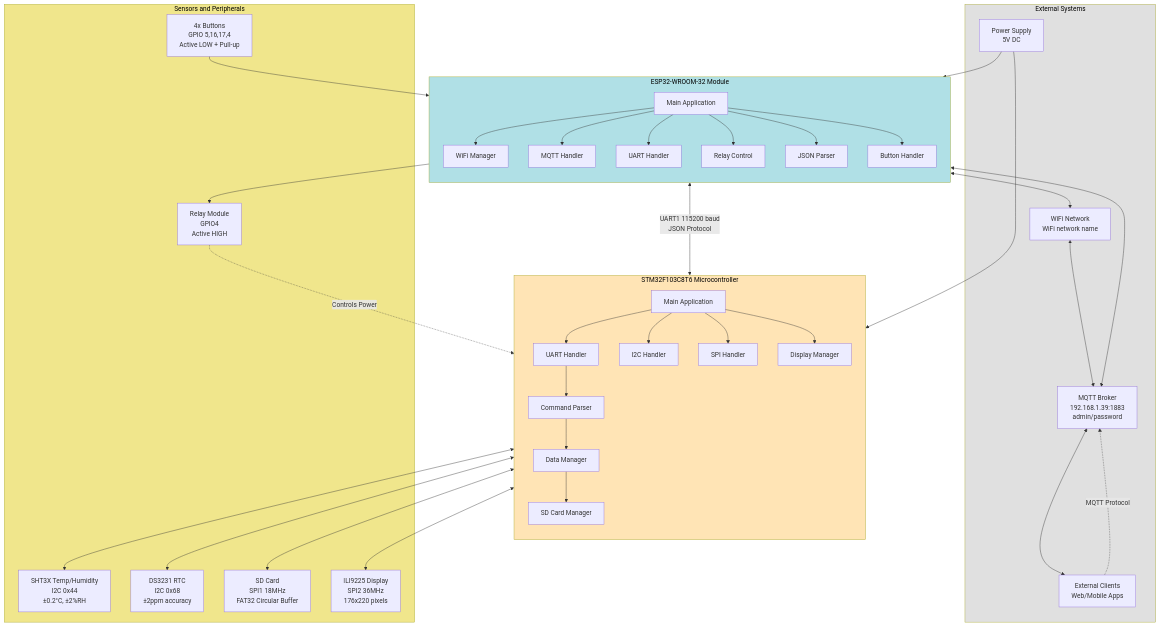
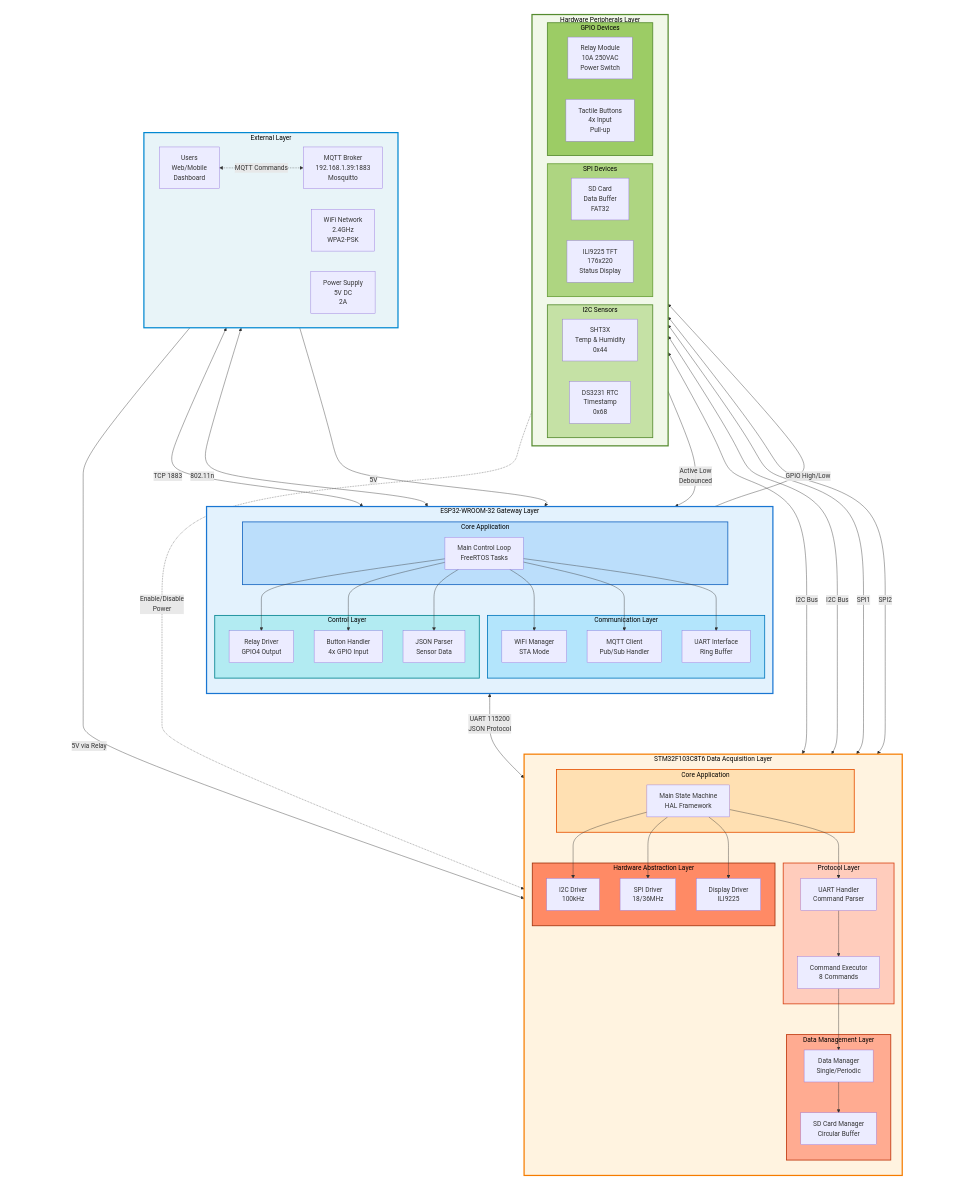
One commit to meeTeam05/datalogger changed the first of 10 diagrams in documents/firmware/ARCHITECTURE_DIAGRAM_FIRMWARE.md. Above: the diagram before and after it, drawn with Mermaid. The commit also changed other lines of this file, not shown here.

Commit message:
fix(docs): update architecture diagrams for firmware system; enhance clarity and structure of component layers

````diff
--- a/documents/firmware/ARCHITECTURE_DIAGRAM_FIRMWARE.md
+++ b/documents/firmware/ARCHITECTURE_DIAGRAM_FIRMWARE.md
@@ -7,82 +7,143 @@
 ```mermaid
 graph TB
-    subgraph External[External Systems]
-        User[External Clients<br/>Web/Mobile Apps]
-        Power[Power Supply<br/>5V DC]
-        Network[WiFi Network<br/>WiFi network name]
-        Broker[MQTT Broker<br/>192.168.1.39:1883<br/>admin/password]
+    subgraph Layer1[" "]
+        subgraph External["External Layer"]
+            direction LR
+            User["Users<br/>Web/Mobile<br/>Dashboard"]
+            Broker["MQTT Broker<br/>192.168.1.39:1883<br/>Mosquitto"]
+            Network["WiFi Network<br/>2.4GHz<br/>WPA2-PSK"]
+            Power["Power Supply<br/>5V DC<br/>2A"]
+        end
     end
 
-    subgraph STM32[STM32F103C8T6 Microcontroller]
-        direction TB
-        STM32_Main[Main Application]
-        STM32_UART[UART Handler]
-        STM32_I2C[I2C Handler]
-        STM32_SPI[SPI Handler]
-        STM32_CMD[Command Parser]
-        STM32_DM[Data Manager]
-        STM32_SD[SD Card Manager]
-        STM32_Display[Display Manager]
+    subgraph Layer2[" "]
+        subgraph ESP32_System["ESP32-WROOM-32 Gateway Layer"]
+            direction TB
 
-        STM32_Main --> STM32_UART
-        STM32_Main --> STM32_I2C
-        STM32_Main --> STM32_SPI
-        STM32_UART --> STM32_CMD
-        STM32_CMD --> STM32_DM
-        STM32_DM --> STM32_SD
-        STM32_Main --> STM32_Display
+            subgraph ESP32_Core["Core Application"]
+                ESP32_Main["Main Control Loop<br/>FreeRTOS Tasks"]
+            end
+
+            subgraph ESP32_Comm["Communication Layer"]
+                ESP32_WiFi["WiFi Manager<br/>STA Mode"]
+                ESP32_MQTT["MQTT Client<br/>Pub/Sub Handler"]
+                ESP32_UART2["UART Interface<br/>Ring Buffer"]
+            end
+
+            subgraph ESP32_Control["Control Layer"]
+                ESP32_Relay["Relay Driver<br/>GPIO4 Output"]
+                ESP32_Button["Button Handler<br/>4x GPIO Input"]
+                ESP32_JSON["JSON Parser<br/>Sensor Data"]
+            end
+
+            ESP32_Main --> ESP32_WiFi
+            ESP32_Main --> ESP32_MQTT
+            ESP32_Main --> ESP32_UART2
+            ESP32_Main --> ESP32_Relay
+            ESP32_Main --> ESP32_Button
+            ESP32_Main --> ESP32_JSON
+        end
     end
 
-    subgraph ESP32[ESP32-WROOM-32 Module]
-        direction TB
-        ESP32_Main[Main Application]
-        ESP32_WiFi[WiFi Manager]
-        ESP32_MQTT[MQTT Handler]
-        ESP32_UART2[UART Handler]
-        ESP32_Relay[Relay Control]
-        ESP32_JSON[JSON Parser]
-        ESP32_Button[Button Handler]
+    subgraph Layer3[" "]
+        subgraph STM32_System["STM32F103C8T6 Data Acquisition Layer"]
+            direction TB
 
-        ESP32_Main --> ESP32_WiFi
-        ESP32_Main --> ESP32_MQTT
-        ESP32_Main --> ESP32_UART2
-        ESP32_Main --> ESP32_Relay
-        ESP32_Main --> ESP32_JSON
-        ESP32_Main --> ESP32_Button
+            subgraph STM32_Core["Core Application"]
+                STM32_Main["Main State Machine<br/>HAL Framework"]
+            end
+
+            subgraph STM32_Protocol["Protocol Layer"]
+                STM32_UART["UART Handler<br/>Command Parser"]
+                STM32_CMD["Command Executor<br/>8 Commands"]
+            end
+
+            subgraph STM32_Data["Data Management Layer"]
+                STM32_DM["Data Manager<br/>Single/Periodic"]
+                STM32_SD["SD Card Manager<br/>Circular Buffer"]
+            end
+
+            subgraph STM32_HAL["Hardware Abstraction Layer"]
+                STM32_I2C["I2C Driver<br/>100kHz"]
+                STM32_SPI["SPI Driver<br/>18/36MHz"]
+                STM32_Display["Display Driver<br/>ILI9225"]
+            end
+
+            STM32_Main --> STM32_UART
+            STM32_Main --> STM32_I2C
+            STM32_Main --> STM32_SPI
+            STM32_Main --> STM32_Display
+            STM32_UART --> STM32_CMD
+            STM32_CMD --> STM32_DM
+            STM32_DM --> STM32_SD
+        end
     end
 
-    subgraph Sensors[Sensors and Peripherals]
-        SHT3X[SHT3X Temp/Humidity<br/>I2C 0x44<br/>±0.2°C, ±2%RH]
-        RTC[DS3231 RTC<br/>I2C 0x68<br/>±2ppm accuracy]
-        SD[SD Card<br/>SPI1 18MHz<br/>FAT32 Circular Buffer]
-        TFT[ILI9225 Display<br/>SPI2 36MHz<br/>176x220 pixels]
-        RelayHW[Relay Module<br/>GPIO4<br/>Active HIGH]
-        Buttons[4x Buttons<br/>GPIO 5,16,17,4<br/>Active LOW + Pull-up]
+    subgraph Layer4[" "]
+        subgraph Hardware["Hardware Peripherals Layer"]
+            direction LR
+
+            subgraph Sensors_I2C["I2C Sensors"]
+                SHT3X["SHT3X<br/>Temp & Humidity<br/>0x44"]
+                RTC["DS3231 RTC<br/>Timestamp<br/>0x68"]
+            end
+
+            subgraph Storage_Display["SPI Devices"]
+                SD["SD Card<br/>Data Buffer<br/>FAT32"]
+                TFT["ILI9225 TFT<br/>176x220<br/>Status Display"]
+            end
+
+            subgraph IO_Devices["GPIO Devices"]
+                RelayHW["Relay Module<br/>10A 250VAC<br/>Power Switch"]
+                Buttons["Tactile Buttons<br/>4x Input<br/>Pull-up"]
+            end
+        end
     end
 
-    Power --> STM32
-    Power --> ESP32
+    %% External to ESP32
+    User <-.->|MQTT Commands| Broker
+    Broker <-->|TCP 1883| ESP32_MQTT
+    Network <-->|802.11n| ESP32_WiFi
+    Power -->|5V| ESP32_System
+    Power -->|5V via Relay| STM32_System
 
-    STM32_I2C <--> SHT3X
-    STM32_I2C <--> RTC
-    STM32_SPI <--> SD
-    STM32_SPI <--> TFT
+    %% ESP32 to STM32
+    ESP32_UART2 <-->|UART 115200<br/>JSON Protocol| STM32_UART
 
-    STM32_UART <-->|UART1 115200 baud<br/>JSON Protocol| ESP32_UART2
+    %% ESP32 to Hardware
+    ESP32_Relay -->|GPIO High/Low| RelayHW
+    Buttons -->|Active Low<br/>Debounced| ESP32_Button
 
-    ESP32_WiFi <--> Network
-    Network <--> Broker
-    ESP32_MQTT <--> Broker
-    Broker <--> User
+    %% STM32 to Hardware
+    STM32_I2C <-->|I2C Bus| SHT3X
+    STM32_I2C <-->|I2C Bus| RTC
+    STM32_SPI <-->|SPI1| SD
+    STM32_SPI <-->|SPI2| TFT
 
-    ESP32_Relay --> RelayHW
-    Buttons --> ESP32_Button
-    RelayHW -.->|Controls Power| STM32
+    %% Power Control
+    RelayHW -.->|Enable/Disable<br/>Power| STM32_System
 
-    User -.->|MQTT Protocol| Broker
+    %% Styling
+    style Layer1 fill:none,stroke:none
+    style Layer2 fill:none,stroke:none
+    style Layer3 fill:none,stroke:none
+    style Layer4 fill:none,stroke:none
 
-    style STM32 fill:#FFE4B5, color:#000000
-    style ESP32 fill:#B0E0E6, color:#000000
-    style External fill:#E0E0E0, color:#000000
-    style Sensors fill:#F0E68C, color:#000000
+    style External fill:#E8F4F8,stroke:#0288D1,stroke-width:3px,color:#000
+    style ESP32_System fill:#E3F2FD,stroke:#1976D2,stroke-width:3px,color:#000
+    style STM32_System fill:#FFF3E0,stroke:#F57C00,stroke-width:3px,color:#000
+    style Hardware fill:#F1F8E9,stroke:#558B2F,stroke-width:3px,color:#000
+
+    style ESP32_Core fill:#BBDEFB,stroke:#1565C0,stroke-width:2px,color:#000
+    style ESP32_Comm fill:#B3E5FC,stroke:#0277BD,stroke-width:2px,color:#000
+    style ESP32_Control fill:#B2EBF2,stroke:#00838F,stroke-width:2px,color:#000
+
+    style STM32_Core fill:#FFE0B2,stroke:#E65100,stroke-width:2px,color:#000
+    style STM32_Protocol fill:#FFCCBC,stroke:#D84315,stroke-width:2px,color:#000
+    style STM32_Data fill:#FFAB91,stroke:#BF360C,stroke-width:2px,color:#000
+    style STM32_HAL fill:#FF8A65,stroke:#A1320C,stroke-width:2px,color:#000
+
+    style Sensors_I2C fill:#C5E1A5,stroke:#558B2F,stroke-width:2px,color:#000
+    style Storage_Display fill:#AED581,stroke:#689F38,stroke-width:2px,color:#000
+    style IO_Devices fill:#9CCC65,stroke:#558B2F,stroke-width:2px,color:#000
 ```
````
